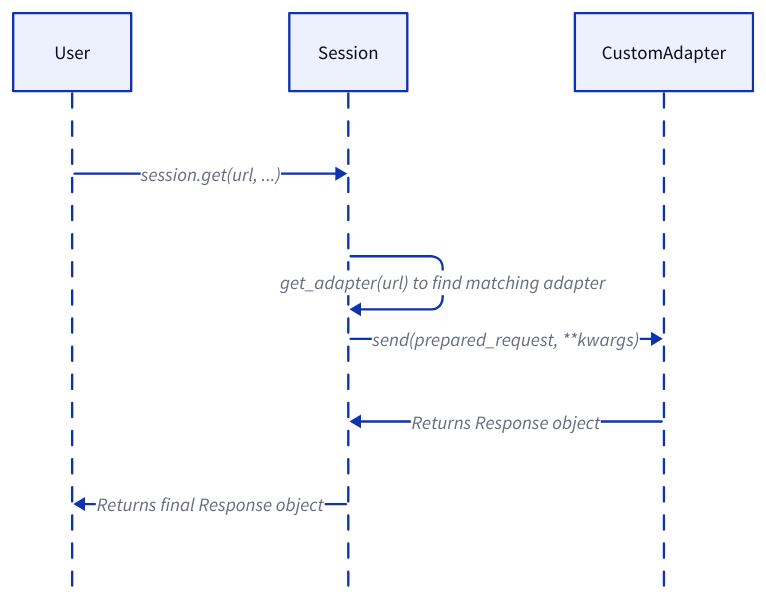
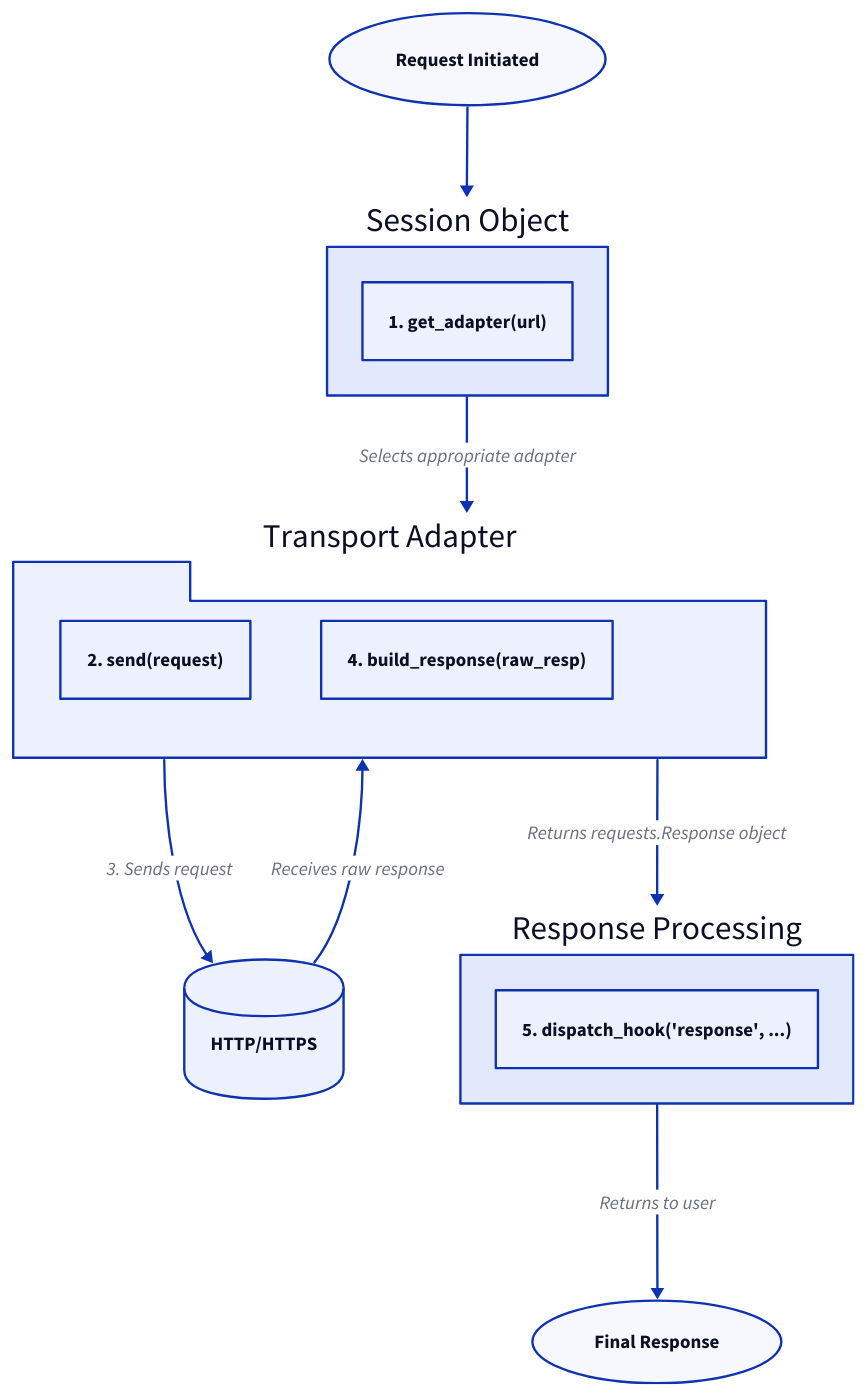
Before and after one commit to lban2049/requests: the diagram in .aigne/doc-smith/docs/advanced-usage-adapters-and-hooks.md, drawn with D2. The commit also changed other lines of this file and 32 other files, not shown here.

````diff
--- a/.aigne/doc-smith/docs/advanced-usage-adapters-and-hooks.md
+++ b/.aigne/doc-smith/docs/advanced-usage-adapters-and-hooks.md
@@ -84,13 +70,45 @@
 ```d2
-shape: sequence_diagram
+direction: down
 
-User
-Session
-Adapter: CustomAdapter
+"Request Initiated": {
+  shape: oval
+}
 
-User -> Session: "session.get(url, ...)"
-Session -> Session: "get_adapter(url) to find matching adapter"
-Session -> Adapter: "send(prepared_request, **kwargs)"
-Adapter -> Session: "Returns Response object"
-Session -> User: "Returns final Response object"
+"Session Object": {
+  shape: rectangle
+  "1. get_adapter(url)": {
+    shape: rectangle
+  }
+}
+
+"Transport Adapter": {
+  shape: package
+  "2. send(request)": {
+    shape: rectangle
+  }
+  "4. build_response(raw_resp)": {
+    shape: rectangle
+  }
+}
+
+"Network Communication": {
+  shape: cylinder
+  label: "HTTP/HTTPS"
+}
+
+"Response Processing": {
+  shape: rectangle
+  "5. dispatch_hook('response', ...)"
+}
+
+"Final Response": {
+  shape: oval
+}
+
+"Request Initiated" -> "Session Object"
+"Session Object" -> "Transport Adapter": "Selects appropriate adapter"
+"Transport Adapter" -> "Network Communication": "3. Sends request"
+"Network Communication" -> "Transport Adapter": "Receives raw response"
+"Transport Adapter" -> "Response Processing": "Returns requests.Response object"
+"Response Processing" -> "Final Response": "Returns to user"
 ```
````
